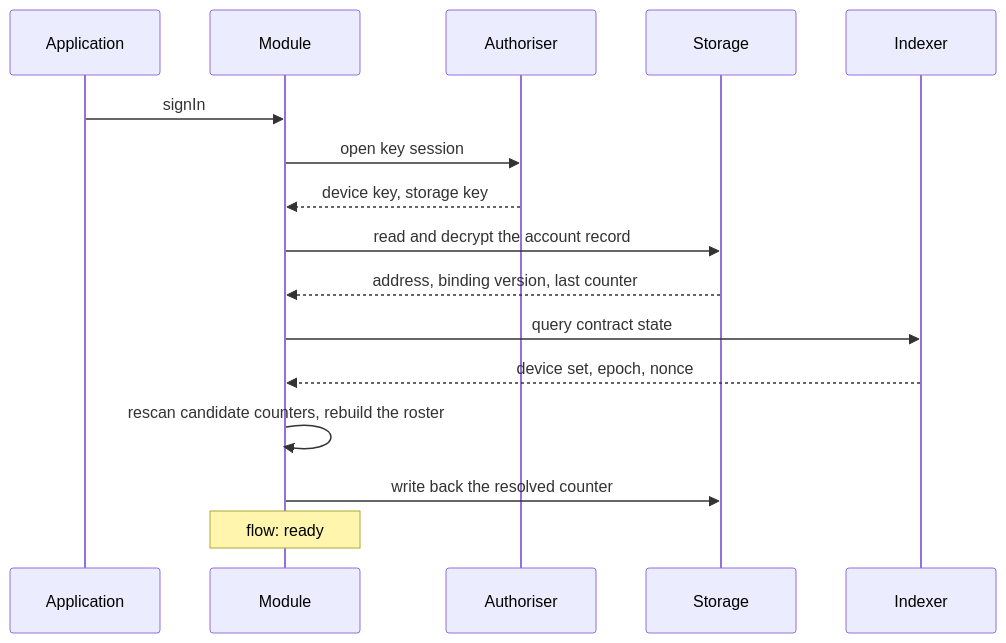
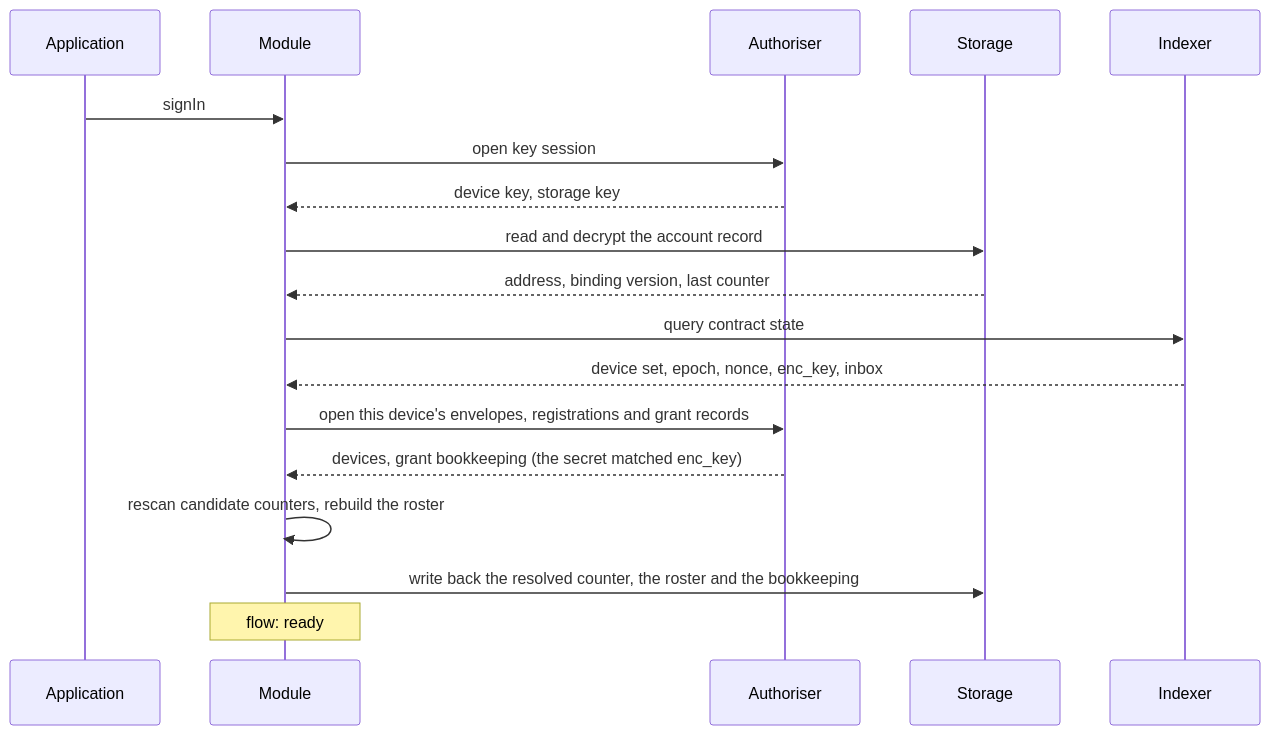
The sixth of 7 diagrams in packages/module/passport-account/README.md (input-output-hk/lace), drawn with Mermaid before and after one commit. The commit also changed other lines of this file and 2361 other files, not shown here.

````diff
--- a/packages/module/passport-account/README.md
+++ b/packages/module/passport-account/README.md
@@ -328,19 +780,21 @@
 ```mermaid
 sequenceDiagram
     participant A as Application
     participant M as Module
     participant K as Authoriser
     participant St as Storage
     participant I as Indexer
 
     A->>M: signIn
     M->>K: open key session
     K-->>M: device key, storage key
     M->>St: read and decrypt the account record
     St-->>M: address, binding version, last counter
     M->>I: query contract state
-    I-->>M: device set, epoch, nonce
+    I-->>M: device set, epoch, nonce, enc_key, inbox
+    M->>K: open this device's envelopes, registrations and grant records
+    K-->>M: devices, grant bookkeeping (the secret matched enc_key)
     M->>M: rescan candidate counters, rebuild the roster
-    M->>St: write back the resolved counter
+    M->>St: write back the resolved counter, the roster and the bookkeeping
     Note over M: flow: ready
 ```
````
